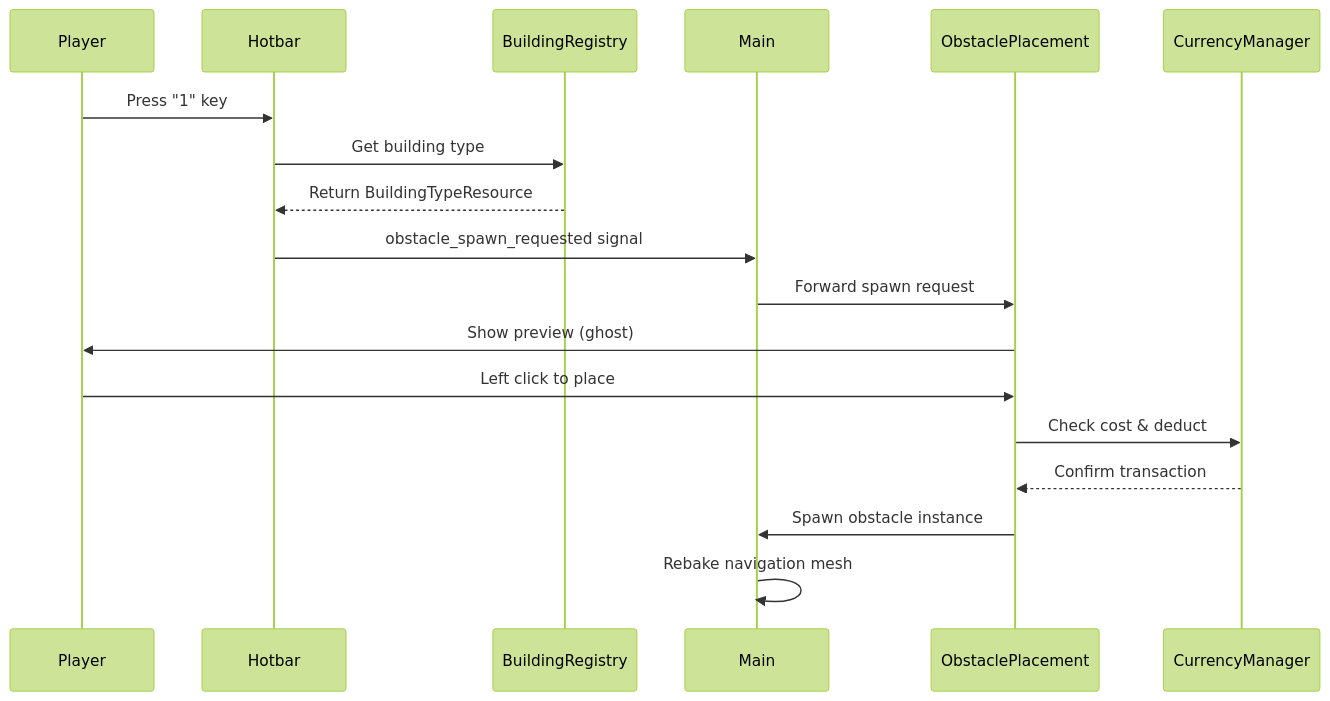
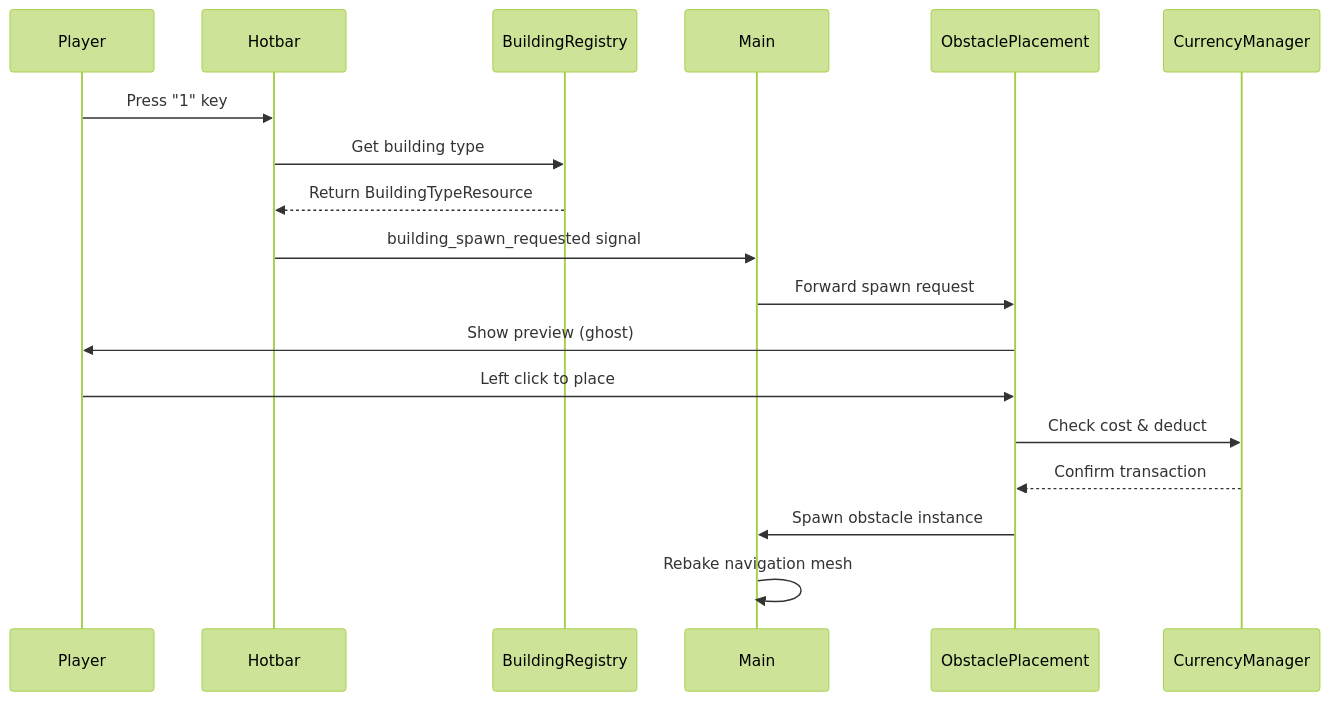
Before and after one commit to saebyn/godot-tower-defense: the seventh of 8 diagrams in docs/ARCHITECTURE.md, drawn with Mermaid (forest theme). The commit also changed 9 other files, not shown here.

First line of the commit message:
fix: complete Obstacle→Building rename sweep per review thread 3982078072

````diff
--- a/docs/ARCHITECTURE.md
+++ b/docs/ARCHITECTURE.md
@@ -493,21 +493,21 @@
 ```mermaid
 sequenceDiagram
     participant Player
     participant Hotbar
     participant BuildingRegistry
     participant Main
     participant ObstaclePlacement
     participant CurrencyManager
     
     Player->>Hotbar: Press "1" key
     Hotbar->>BuildingRegistry: Get building type
     BuildingRegistry-->>Hotbar: Return BuildingTypeResource
-    Hotbar->>Main: obstacle_spawn_requested signal
+    Hotbar->>Main: building_spawn_requested signal
     Main->>ObstaclePlacement: Forward spawn request
     ObstaclePlacement->>Player: Show preview (ghost)
     Player->>ObstaclePlacement: Left click to place
     ObstaclePlacement->>CurrencyManager: Check cost & deduct
     CurrencyManager-->>ObstaclePlacement: Confirm transaction
     ObstaclePlacement->>Main: Spawn obstacle instance
     Main->>Main: Rebake navigation mesh
 ```
````
